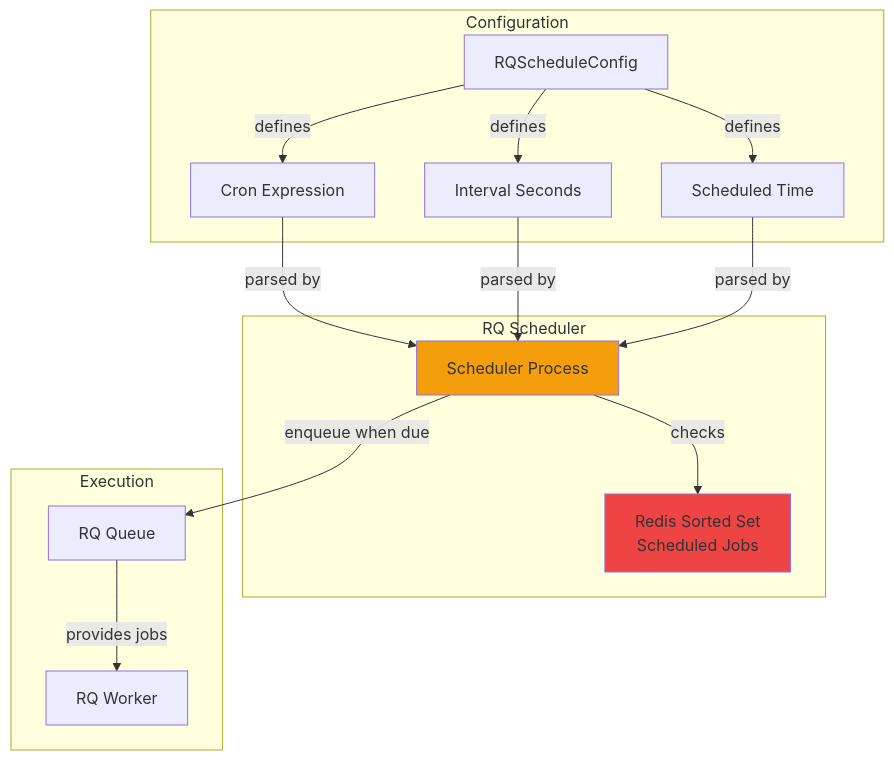
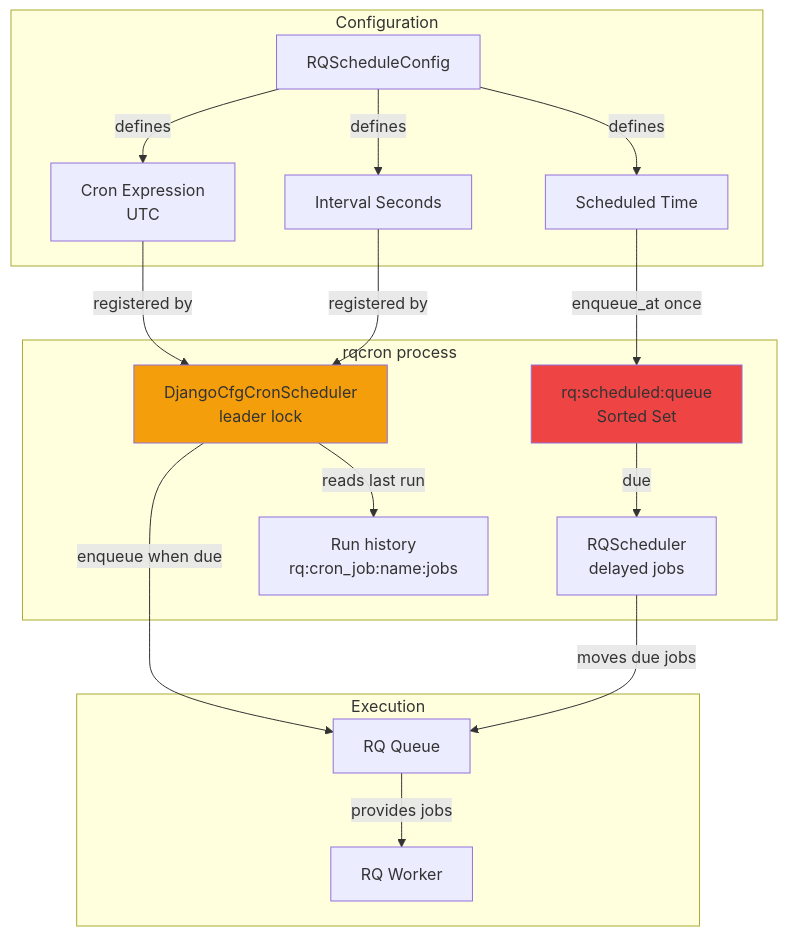
Before and after one commit to markolofsen/django-cfg: the sixth of 18 diagrams in docs/features/modules/django-rq/architecture.mdx, drawn with Mermaid. The commit also changed other lines of this file and 288 other files, not shown here.

````diff
--- a/docs/features/modules/django-rq/architecture.mdx
+++ b/docs/features/modules/django-rq/architecture.mdx
@@ -254,34 +254,38 @@
 ```mermaid
 graph TB
     subgraph "Configuration"
         Config[RQScheduleConfig]
-        Cron[Cron Expression]
+        Cron[Cron Expression<br/>UTC]
         Interval[Interval Seconds]
         OneTime[Scheduled Time]
     end
 
-    subgraph "RQ Scheduler"
-        Scheduler[Scheduler Process]
-        SortedSet[Redis Sorted Set<br/>Scheduled Jobs]
+    subgraph "rqcron process"
+        Cronsched[DjangoCfgCronScheduler<br/>leader lock]
+        Delayed[RQScheduler<br/>delayed jobs]
+        History[Run history<br/>rq:cron_job:name:jobs]
+        ScheduledSet[rq:scheduled:queue<br/>Sorted Set]
     end
 
     subgraph "Execution"
         Queue[RQ Queue]
         Worker[RQ Worker]
     end
 
     Config -->|defines| Cron
     Config -->|defines| Interval
     Config -->|defines| OneTime
 
-    Cron -->|parsed by| Scheduler
-    Interval -->|parsed by| Scheduler
-    OneTime -->|parsed by| Scheduler
+    Cron -->|registered by| Cronsched
+    Interval -->|registered by| Cronsched
+    OneTime -->|enqueue_at once| ScheduledSet
 
-    Scheduler -->|checks| SortedSet
-    Scheduler -->|enqueue when due| Queue
+    Cronsched -->|reads last run| History
+    Cronsched -->|enqueue when due| Queue
+    Delayed -->|moves due jobs| Queue
+    ScheduledSet -->|due| Delayed
     Queue -->|provides jobs| Worker
 
-    style Scheduler fill:#f59e0b
-    style SortedSet fill:#ef4444
+    style Cronsched fill:#f59e0b
+    style ScheduledSet fill:#ef4444
 ```
````
